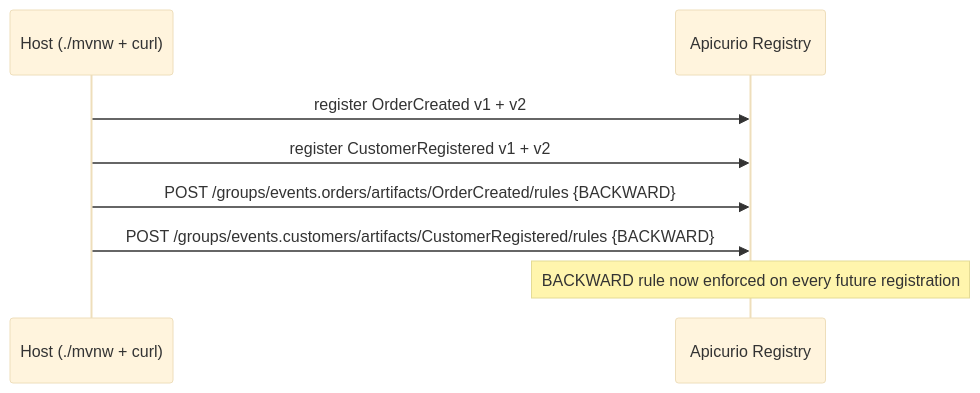
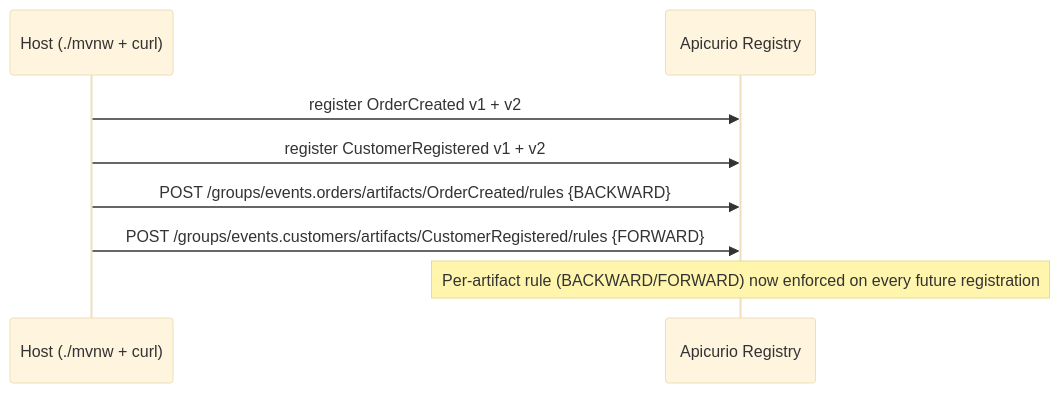
Before and after one commit to anarefin/schema-registry-demo: the eighth of 9 diagrams in docs/TECHNICAL-REPORT.md, drawn with Mermaid (base theme). The commit also changed other lines of this file and 29 other files, not shown here.

````diff
--- a/docs/TECHNICAL-REPORT.md
+++ b/docs/TECHNICAL-REPORT.md
@@ -491,11 +499,11 @@
 ```mermaid
 sequenceDiagram
     participant DEV as Host (./mvnw + curl)
     participant AP as Apicurio Registry
 
     DEV->>AP: register OrderCreated v1 + v2
     DEV->>AP: register CustomerRegistered v1 + v2
     DEV->>AP: POST /groups/events.orders/artifacts/OrderCreated/rules {BACKWARD}
-    DEV->>AP: POST /groups/events.customers/artifacts/CustomerRegistered/rules {BACKWARD}
-    Note over AP: BACKWARD rule now enforced on every future registration
+    DEV->>AP: POST /groups/events.customers/artifacts/CustomerRegistered/rules {FORWARD}
+    Note over AP: Per-artifact rule (BACKWARD/FORWARD) now enforced on every future registration
 ```
````
